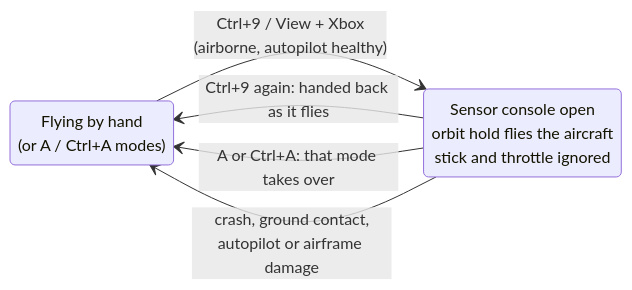
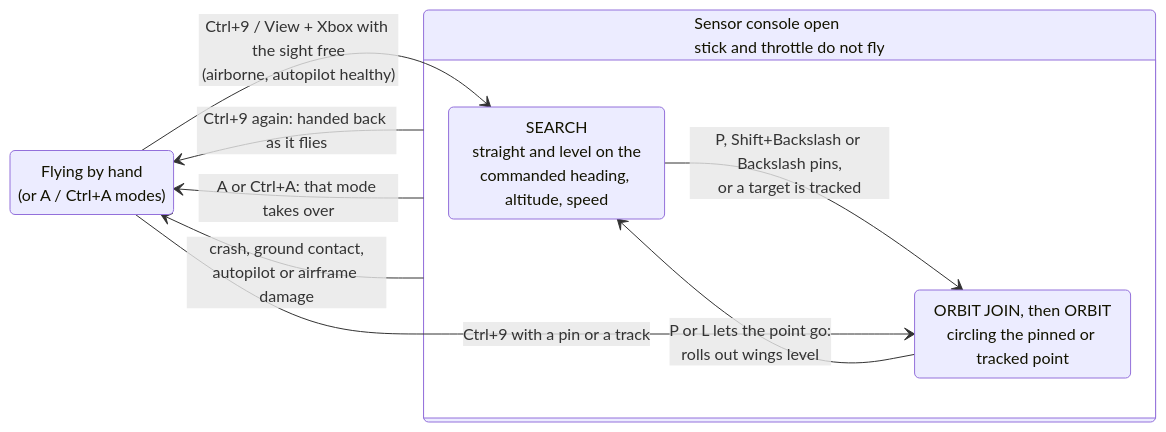
Before and after one commit to john-overton/T.O.R.E-Fighters: the third of 3 diagrams in docs/spec/ac130-linked-guns.md, drawn with Mermaid. The commit also changed other lines of this file and 13 other files, not shown here.

First line of the commit message:
Docs: the console's search, keys and pending wire change (spec, target window, input, controls, keyboard map, formats, features, baselines)

````diff
--- a/docs/spec/ac130-linked-guns.md
+++ b/docs/spec/ac130-linked-guns.md
@@ -557,10 +570,16 @@
 ```mermaid
 stateDiagram-v2
     direction LR
     state "Flying by hand<br/>(or A / Ctrl+A modes)" as Hand
-    state "Sensor console open<br/>orbit hold flies the aircraft<br/>stick and throttle ignored" as Console
-    Hand --> Console: Ctrl+9 / View + Xbox<br/>(airborne, autopilot healthy)
+    state "Sensor console open<br/>stick and throttle do not fly" as Console {
+        state "SEARCH<br/>straight and level on the<br/>commanded heading, altitude, speed" as Search
+        state "ORBIT JOIN, then ORBIT<br/>circling the pinned or tracked point" as Orbit
+        Search --> Orbit: P, Shift+Backslash or Backslash pins,<br/>or a target is tracked
+        Orbit --> Search: P or L lets the point go:<br/>rolls out wings level
+    }
+    Hand --> Search: Ctrl+9 / View + Xbox with the sight free<br/>(airborne, autopilot healthy)
+    Hand --> Orbit: Ctrl+9 with a pin or a track
     Console --> Hand: Ctrl+9 again: handed back as it flies
     Console --> Hand: A or Ctrl+A: that mode takes over
     Console --> Hand: crash, ground contact,<br/>autopilot or airframe damage
 ```
````
